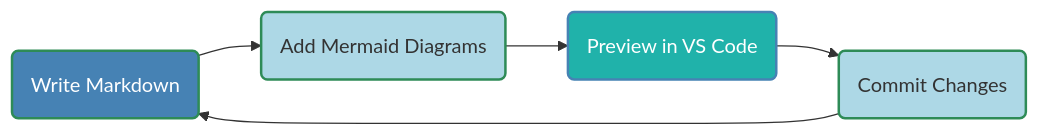
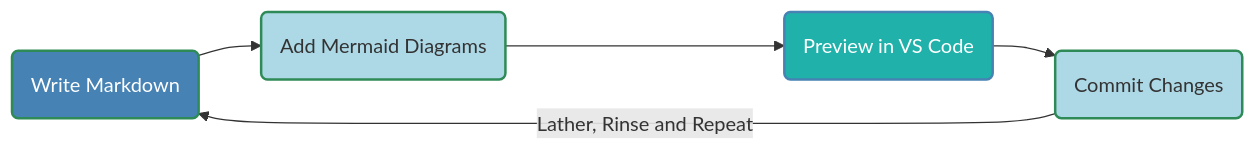
The fourth of 8 diagrams in README.md (buckeye43210/markdown-to-snowkb), drawn with Mermaid before and after one commit.

Commit message:
revising document

````diff
--- a/README.md
+++ b/README.md
@@ -171,12 +171,12 @@
 ```mermaid
 graph LR
     A(Write Markdown) --> B(Add Mermaid Diagrams)
     B --> C(Preview in VS Code)
     C --> D(Commit Changes)
-    D --> A
+    D -->|Lather, Rinse and Repeat| A
 
     style A fill:#4682B4,stroke:#2E8B57,stroke-width:2px,color:#FFFFFF
     style B fill:#ADD8E6,stroke:#2E8B57,stroke-width:2px
     style C fill:#20B2AA,stroke:#4682B4,stroke-width:2px,color:#FFFFFF
     style D fill:#ADD8E6,stroke:#2E8B57,stroke-width:2px
 ```
````
